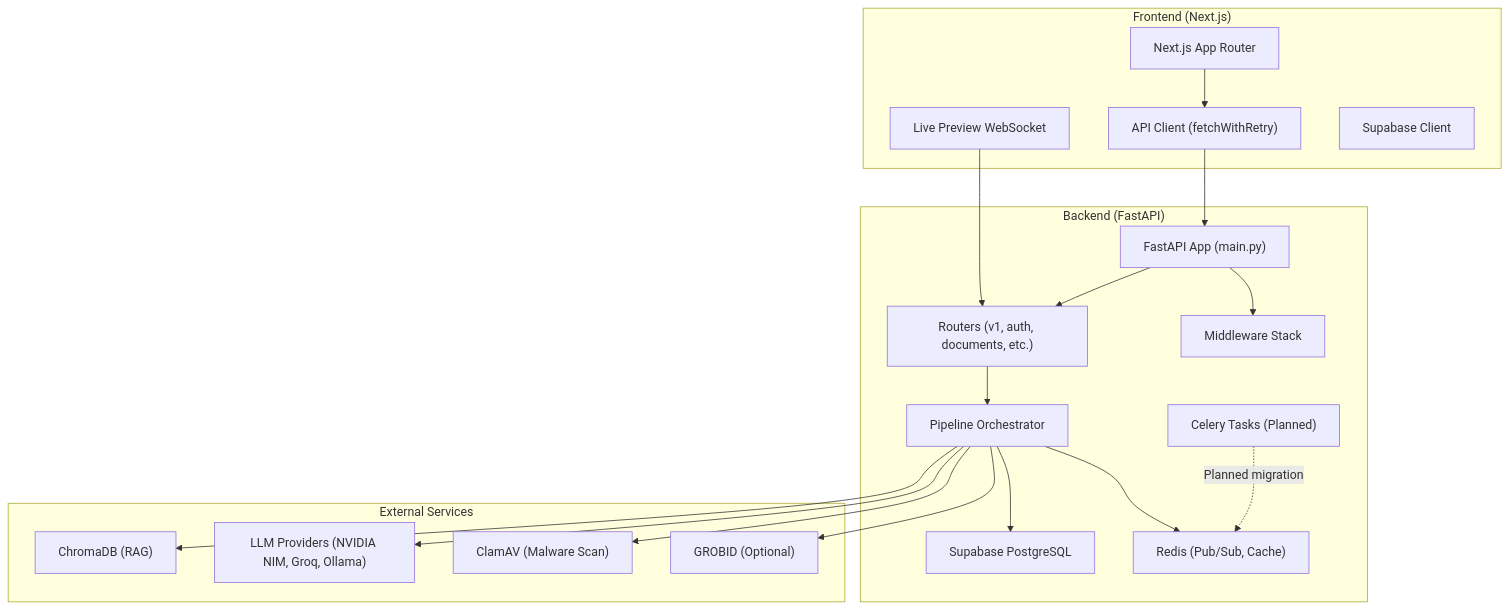
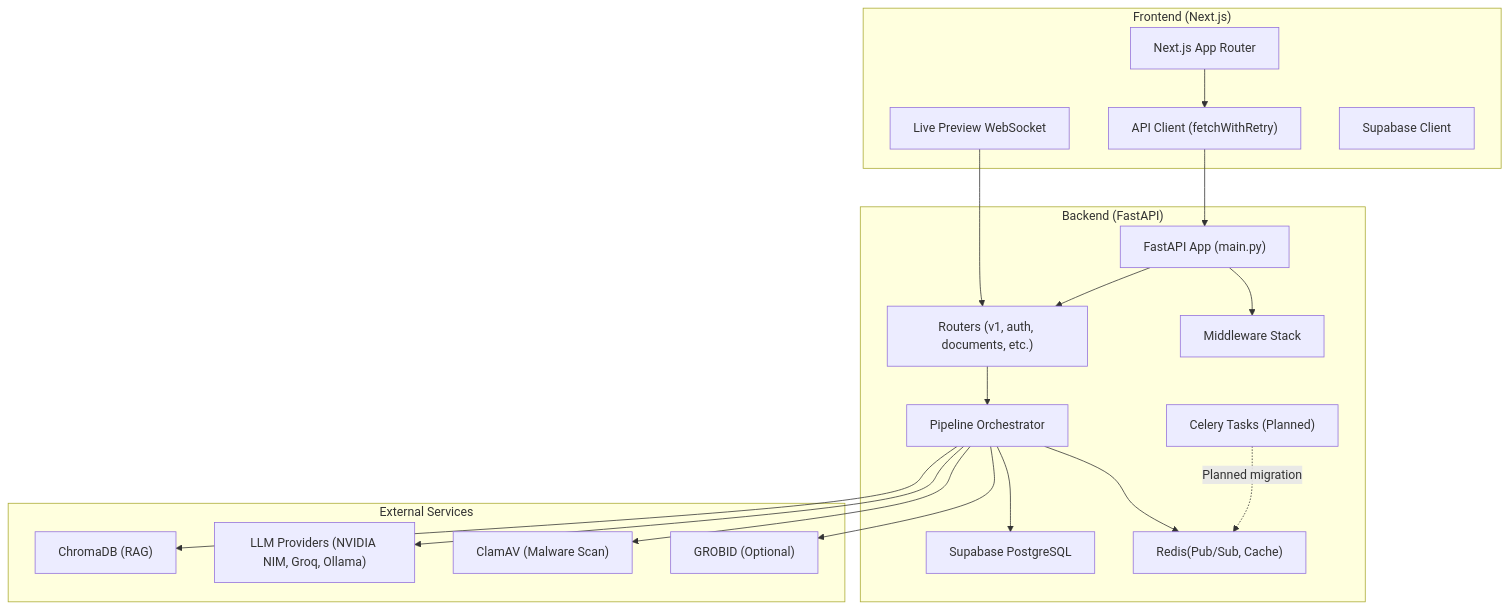
Before and after one commit to rohitkumarnaidu/ScholarFormAI: the first of 9 diagrams in docs/docs/knowledge/Architecture Overview/Architecture Overview.md, drawn with Mermaid. The commit also changed other lines of this file and 73 other files, not shown here.

First line of the commit message:
docs: enterprise-level markdown upgrade with Mermaid diagrams

````diff
--- a/docs/docs/knowledge/Architecture Overview/Architecture Overview.md
+++ b/docs/docs/knowledge/Architecture Overview/Architecture Overview.md
@@ -48,37 +48,37 @@
 ```mermaid
 graph TB
 subgraph "Frontend (Next.js)"
 FE_Next["Next.js App Router"]
 FE_WS["Live Preview WebSocket"]
 FE_API["API Client (fetchWithRetry)"]
 FE_Supa["Supabase Client"]
 end
 subgraph "Backend (FastAPI)"
 BE_Main["FastAPI App (main.py)"]
 BE_MW["Middleware Stack"]
 BE_Routers["Routers (v1, auth, documents, etc.)"]
 BE_Orchestrator["Pipeline Orchestrator"]
-BE_Cache["Redis (Pub/Sub, Cache)"]
+BE_Cache["Redis(Pub/Sub, Cache)"]
 BE_DB["Supabase PostgreSQL"]
 BE_Celery["Celery Tasks (Planned)"]
 end
 subgraph "External Services"
 ES_Grobid["GROBID (Optional)"]
 ES_ClamAV["ClamAV (Malware Scan)"]
 ES_LLMs["LLM Providers (NVIDIA NIM, Groq, Ollama)"]
 ES_Chroma["ChromaDB (RAG)"]
 end
 FE_Next --> FE_API
 FE_API --> BE_Main
 FE_WS --> BE_Routers
 BE_Main --> BE_MW
 BE_Main --> BE_Routers
 BE_Routers --> BE_Orchestrator
 BE_Orchestrator --> BE_Cache
 BE_Orchestrator --> BE_DB
 BE_Orchestrator --> ES_Grobid
 BE_Orchestrator --> ES_ClamAV
 BE_Orchestrator --> ES_LLMs
 BE_Orchestrator --> ES_Chroma
 BE_Celery -. "Planned migration" .-> BE_Cache
 ```
````
